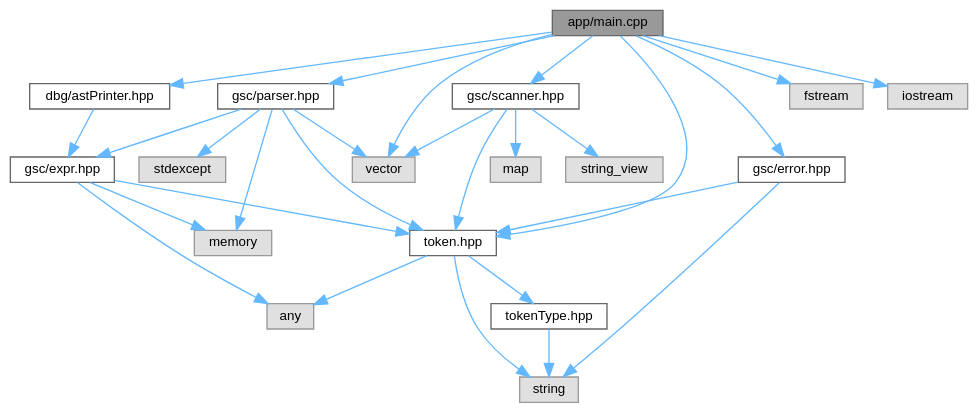
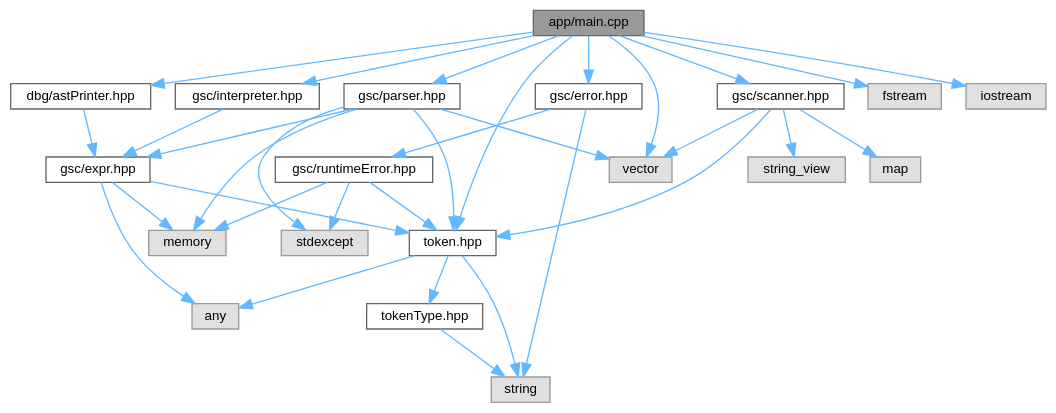
The diagram in main_8cpp__incl.dot (helcsnewsxd/gsc-interpreter), drawn with Graphviz before and after one commit. The commit also changed 105 other files, not shown here.

```diff
--- a/main_8cpp__incl.dot
+++ b/main_8cpp__incl.dot
@@ -1,51 +1,58 @@
 digraph "app/main.cpp"
 {
  // LATEX_PDF_SIZE
   bgcolor="transparent";
   edge [fontname=Helvetica,fontsize=10,labelfontname=Helvetica,labelfontsize=10];
   node [fontname=Helvetica,fontsize=10,shape=box,height=0.2,width=0.4];
   Node1 [id="Node000001",label="app/main.cpp",height=0.2,width=0.4,color="gray40", fillcolor="grey60", style="filled", fontcolor="black",tooltip=" "];
   Node1 -> Node2 [id="edge1_Node000001_Node000002",color="steelblue1",style="solid",tooltip=" "];
   Node2 [id="Node000002",label="dbg/astPrinter.hpp",height=0.2,width=0.4,color="grey40", fillcolor="white", style="filled",URL="$astPrinter_8hpp.html",tooltip=" "];
   Node2 -> Node3 [id="edge2_Node000002_Node000003",color="steelblue1",style="solid",tooltip=" "];
   Node3 [id="Node000003",label="gsc/expr.hpp",height=0.2,width=0.4,color="grey40", fillcolor="white", style="filled",URL="$expr_8hpp.html",tooltip=" "];
   Node3 -> Node4 [id="edge3_Node000003_Node000004",color="steelblue1",style="solid",tooltip=" "];
   Node4 [id="Node000004",label="token.hpp",height=0.2,width=0.4,color="grey40", fillcolor="white", style="filled",URL="$token_8hpp.html",tooltip=" "];
   Node4 -> Node5 [id="edge4_Node000004_Node000005",color="steelblue1",style="solid",tooltip=" "];
   Node5 [id="Node000005",label="tokenType.hpp",height=0.2,width=0.4,color="grey40", fillcolor="white", style="filled",URL="$tokenType_8hpp.html",tooltip=" "];
   Node5 -> Node6 [id="edge5_Node000005_Node000006",color="steelblue1",style="solid",tooltip=" "];
   Node6 [id="Node000006",label="string",height=0.2,width=0.4,color="grey60", fillcolor="#E0E0E0", style="filled",tooltip=" "];
   Node4 -> Node7 [id="edge6_Node000004_Node000007",color="steelblue1",style="solid",tooltip=" "];
   Node7 [id="Node000007",label="any",height=0.2,width=0.4,color="grey60", fillcolor="#E0E0E0", style="filled",tooltip=" "];
   Node4 -> Node6 [id="edge7_Node000004_Node000006",color="steelblue1",style="solid",tooltip=" "];
   Node3 -> Node7 [id="edge8_Node000003_Node000007",color="steelblue1",style="solid",tooltip=" "];
   Node3 -> Node8 [id="edge9_Node000003_Node000008",color="steelblue1",style="solid",tooltip=" "];
   Node8 [id="Node000008",label="memory",height=0.2,width=0.4,color="grey60", fillcolor="#E0E0E0", style="filled",tooltip=" "];
   Node1 -> Node9 [id="edge10_Node000001_Node000009",color="steelblue1",style="solid",tooltip=" "];
   Node9 [id="Node000009",label="gsc/error.hpp",height=0.2,width=0.4,color="grey40", fillcolor="white", style="filled",URL="$error_8hpp.html",tooltip=" "];
-  Node9 -> Node4 [id="edge11_Node000009_Node000004",color="steelblue1",style="solid",tooltip=" "];
-  Node9 -> Node6 [id="edge12_Node000009_Node000006",color="steelblue1",style="solid",tooltip=" "];
-  Node1 -> Node10 [id="edge13_Node000001_Node000010",color="steelblue1",style="solid",tooltip=" "];
-  Node10 [id="Node000010",label="gsc/parser.hpp",height=0.2,width=0.4,color="grey40", fillcolor="white", style="filled",URL="$parser_8hpp.html",tooltip=" "];
-  Node10 -> Node3 [id="edge14_Node000010_Node000003",color="steelblue1",style="solid",tooltip=" "];
-  Node10 -> Node4 [id="edge15_Node000010_Node000004",color="steelblue1",style="solid",tooltip=" "];
-  Node10 -> Node8 [id="edge16_Node000010_Node000008",color="steelblue1",style="solid",tooltip=" "];
-  Node10 -> Node11 [id="edge17_Node000010_Node000011",color="steelblue1",style="solid",tooltip=" "];
+  Node9 -> Node10 [id="edge11_Node000009_Node000010",color="steelblue1",style="solid",tooltip=" "];
+  Node10 [id="Node000010",label="gsc/runtimeError.hpp",height=0.2,width=0.4,color="grey40", fillcolor="white", style="filled",URL="$runtimeError_8hpp.html",tooltip=" "];
+  Node10 -> Node4 [id="edge12_Node000010_Node000004",color="steelblue1",style="solid",tooltip=" "];
+  Node10 -> Node8 [id="edge13_Node000010_Node000008",color="steelblue1",style="solid",tooltip=" "];
+  Node10 -> Node11 [id="edge14_Node000010_Node000011",color="steelblue1",style="solid",tooltip=" "];
   Node11 [id="Node000011",label="stdexcept",height=0.2,width=0.4,color="grey60", fillcolor="#E0E0E0", style="filled",tooltip=" "];
-  Node10 -> Node12 [id="edge18_Node000010_Node000012",color="steelblue1",style="solid",tooltip=" "];
-  Node12 [id="Node000012",label="vector",height=0.2,width=0.4,color="grey60", fillcolor="#E0E0E0", style="filled",tooltip=" "];
-  Node1 -> Node13 [id="edge19_Node000001_Node000013",color="steelblue1",style="solid",tooltip=" "];
-  Node13 [id="Node000013",label="gsc/scanner.hpp",height=0.2,width=0.4,color="grey40", fillcolor="white", style="filled",URL="$scanner_8hpp.html",tooltip=" "];
+  Node9 -> Node6 [id="edge15_Node000009_Node000006",color="steelblue1",style="solid",tooltip=" "];
+  Node1 -> Node12 [id="edge16_Node000001_Node000012",color="steelblue1",style="solid",tooltip=" "];
+  Node12 [id="Node000012",label="gsc/interpreter.hpp",height=0.2,width=0.4,color="grey40", fillcolor="white", style="filled",URL="$interpreter_8hpp.html",tooltip=" "];
+  Node12 -> Node3 [id="edge17_Node000012_Node000003",color="steelblue1",style="solid",tooltip=" "];
+  Node1 -> Node13 [id="edge18_Node000001_Node000013",color="steelblue1",style="solid",tooltip=" "];
+  Node13 [id="Node000013",label="gsc/parser.hpp",height=0.2,width=0.4,color="grey40", fillcolor="white", style="filled",URL="$parser_8hpp.html",tooltip=" "];
+  Node13 -> Node3 [id="edge19_Node000013_Node000003",color="steelblue1",style="solid",tooltip=" "];
   Node13 -> Node4 [id="edge20_Node000013_Node000004",color="steelblue1",style="solid",tooltip=" "];
-  Node13 -> Node14 [id="edge21_Node000013_Node000014",color="steelblue1",style="solid",tooltip=" "];
-  Node14 [id="Node000014",label="map",height=0.2,width=0.4,color="grey60", fillcolor="#E0E0E0", style="filled",tooltip=" "];
-  Node13 -> Node15 [id="edge22_Node000013_Node000015",color="steelblue1",style="solid",tooltip=" "];
-  Node15 [id="Node000015",label="string_view",height=0.2,width=0.4,color="grey60", fillcolor="#E0E0E0", style="filled",tooltip=" "];
-  Node13 -> Node12 [id="edge23_Node000013_Node000012",color="steelblue1",style="solid",tooltip=" "];
-  Node1 -> Node4 [id="edge24_Node000001_Node000004",color="steelblue1",style="solid",tooltip=" "];
-  Node1 -> Node16 [id="edge25_Node000001_Node000016",color="steelblue1",style="solid",tooltip=" "];
-  Node16 [id="Node000016",label="fstream",height=0.2,width=0.4,color="grey60", fillcolor="#E0E0E0", style="filled",tooltip=" "];
-  Node1 -> Node17 [id="edge26_Node000001_Node000017",color="steelblue1",style="solid",tooltip=" "];
-  Node17 [id="Node000017",label="iostream",height=0.2,width=0.4,color="grey60", fillcolor="#E0E0E0", style="filled",tooltip=" "];
-  Node1 -> Node12 [id="edge27_Node000001_Node000012",color="steelblue1",style="solid",tooltip=" "];
+  Node13 -> Node8 [id="edge21_Node000013_Node000008",color="steelblue1",style="solid",tooltip=" "];
+  Node13 -> Node11 [id="edge22_Node000013_Node000011",color="steelblue1",style="solid",tooltip=" "];
+  Node13 -> Node14 [id="edge23_Node000013_Node000014",color="steelblue1",style="solid",tooltip=" "];
+  Node14 [id="Node000014",label="vector",height=0.2,width=0.4,color="grey60", fillcolor="#E0E0E0", style="filled",tooltip=" "];
+  Node1 -> Node15 [id="edge24_Node000001_Node000015",color="steelblue1",style="solid",tooltip=" "];
+  Node15 [id="Node000015",label="gsc/scanner.hpp",height=0.2,width=0.4,color="grey40", fillcolor="white", style="filled",URL="$scanner_8hpp.html",tooltip=" "];
+  Node15 -> Node4 [id="edge25_Node000015_Node000004",color="steelblue1",style="solid",tooltip=" "];
+  Node15 -> Node16 [id="edge26_Node000015_Node000016",color="steelblue1",style="solid",tooltip=" "];
+  Node16 [id="Node000016",label="map",height=0.2,width=0.4,color="grey60", fillcolor="#E0E0E0", style="filled",tooltip=" "];
+  Node15 -> Node17 [id="edge27_Node000015_Node000017",color="steelblue1",style="solid",tooltip=" "];
+  Node17 [id="Node000017",label="string_view",height=0.2,width=0.4,color="grey60", fillcolor="#E0E0E0", style="filled",tooltip=" "];
+  Node15 -> Node14 [id="edge28_Node000015_Node000014",color="steelblue1",style="solid",tooltip=" "];
+  Node1 -> Node4 [id="edge29_Node000001_Node000004",color="steelblue1",style="solid",tooltip=" "];
+  Node1 -> Node18 [id="edge30_Node000001_Node000018",color="steelblue1",style="solid",tooltip=" "];
+  Node18 [id="Node000018",label="fstream",height=0.2,width=0.4,color="grey60", fillcolor="#E0E0E0", style="filled",tooltip=" "];
+  Node1 -> Node19 [id="edge31_Node000001_Node000019",color="steelblue1",style="solid",tooltip=" "];
+  Node19 [id="Node000019",label="iostream",height=0.2,width=0.4,color="grey60", fillcolor="#E0E0E0", style="filled",tooltip=" "];
+  Node1 -> Node14 [id="edge32_Node000001_Node000014",color="steelblue1",style="solid",tooltip=" "];
 }
```
